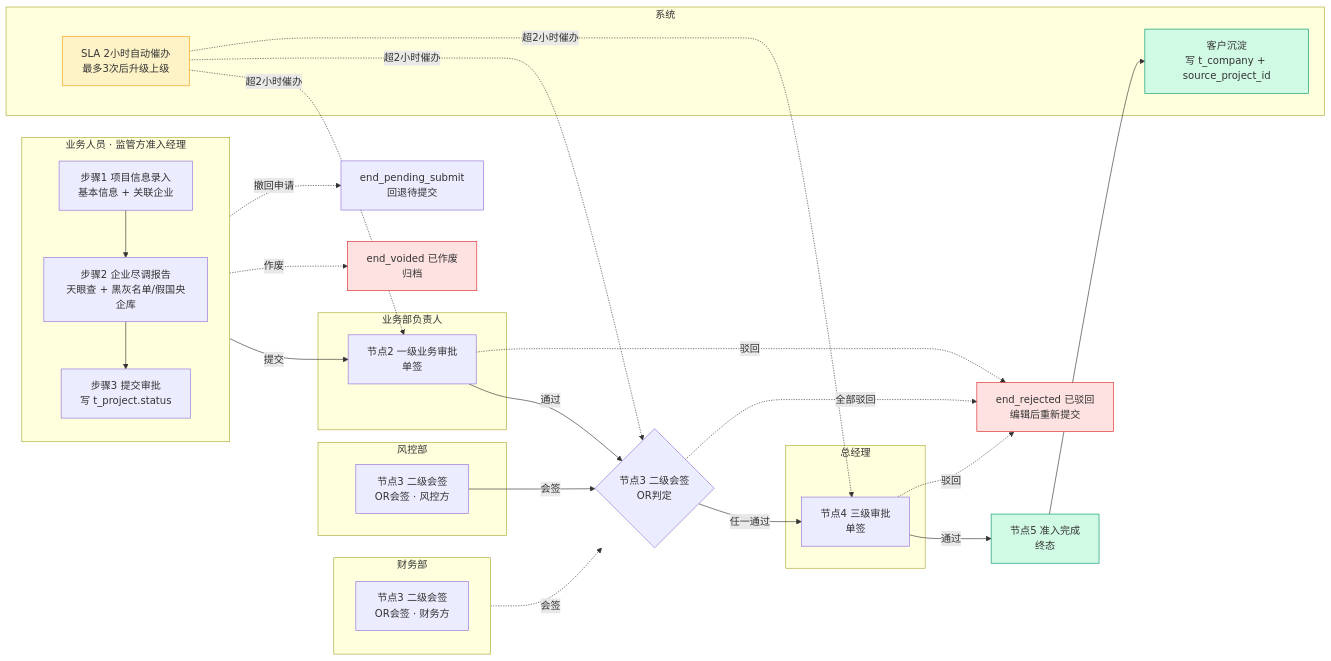
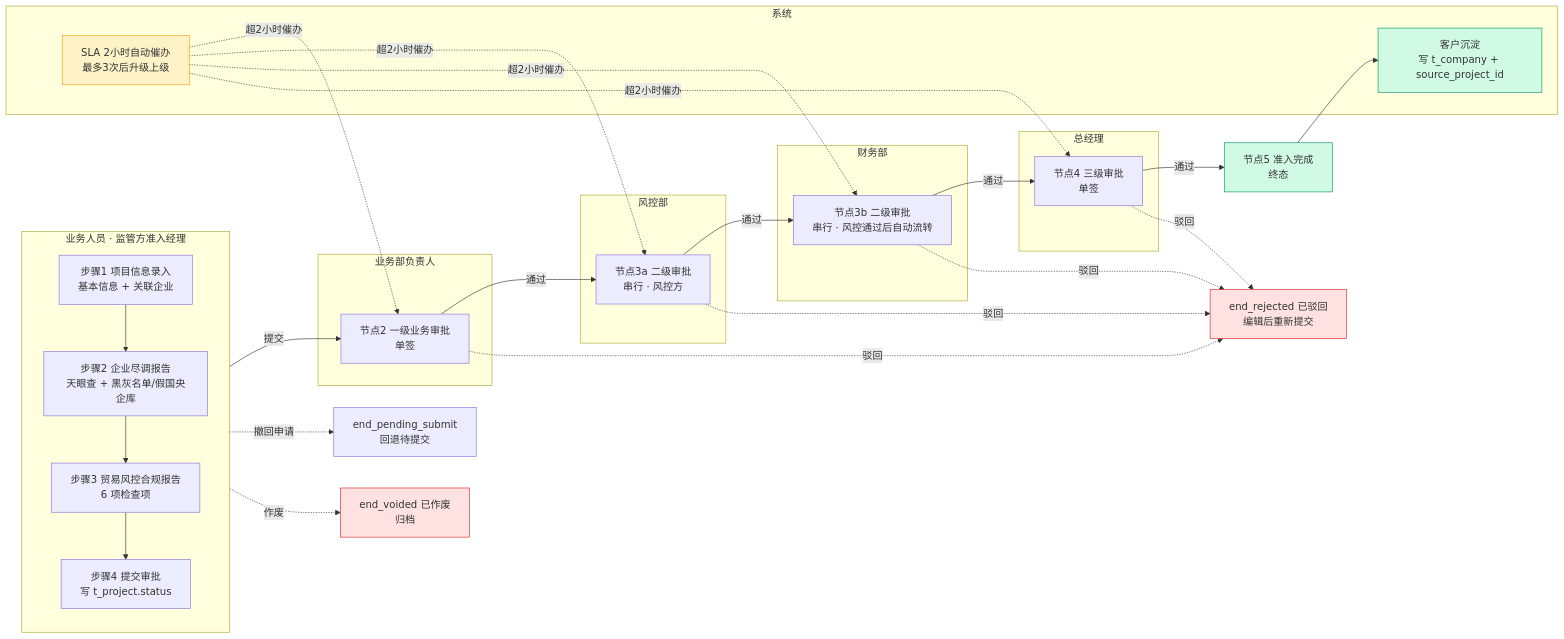
Before and after one commit to Ummyue/gyt-admin: the first of 5 diagrams in docs-v2/02.01-项目管理.md, drawn with Mermaid. The commit also changed other lines of this file and 40 other files, not shown here.

````diff
--- a/docs-v2/02.01-项目管理.md
+++ b/docs-v2/02.01-项目管理.md
@@ -89,54 +119,56 @@
 ```mermaid
 flowchart LR
     subgraph BP["业务人员 · 监管方准入经理"]
         direction TB
         B1["步骤1 项目信息录入<br/>基本信息 + 关联企业"] --> B2["步骤2 企业尽调报告<br/>天眼查 + 黑灰名单/假国央企库"]
-        B2 --> B3["步骤3 提交审批<br/>写 t_project.status"]
+        B2 --> B3["步骤3 贸易风控合规报告<br/>6 项检查项"]
+        B3 --> B4["步骤4 提交审批<br/>写 t_project.status"]
     end
 
     subgraph MGR["业务部负责人"]
         M1["节点2 一级业务审批<br/>单签"]
     end
 
     subgraph RISK["风控部"]
-        R1["节点3 二级会签<br/>OR会签 · 风控方"]
+        R1["节点3a 二级审批<br/>串行 · 风控方"]
     end
 
     subgraph FIN["财务部"]
-        F1["节点3 二级会签<br/>OR会签 · 财务方"]
+        F1["节点3b 二级审批<br/>串行 · 风控通过后自动流转"]
     end
 
     subgraph GM["总经理"]
         G1["节点4 三级审批<br/>单签"]
     end
 
     subgraph SYS["系统"]
         S1["SLA 2小时自动催办<br/>最多3次后升级上级"]
         S2["客户沉淀<br/>写 t_company + source_project_id"]
     end
 
-    B3 -->|"提交"| M1
-    M1 -->|"通过"| C1{"节点3 二级会签<br/>OR判定"}
-    R1 -->|"会签"| C1
-    FIN -.->|"会签"| C1
-    C1 -->|"任一通过"| G1
+    B4 -->|"提交"| M1
+    M1 -->|"通过"| R1
+    R1 -->|"通过"| F1
+    F1 -->|"通过"| G1
     G1 -->|"通过"| OK["节点5 准入完成<br/>终态"]
     OK --> S2
 
     M1 -.->|"驳回"| END_REJ["end_rejected 已驳回<br/>编辑后重新提交"]
-    C1 -.->|"全部驳回"| END_REJ
+    R1 -.->|"驳回"| END_REJ
+    F1 -.->|"驳回"| END_REJ
     G1 -.->|"驳回"| END_REJ
-    B3 -.->|"撤回申请"| END_WD["end_pending_submit<br/>回退待提交"]
+    B4 -.->|"撤回申请"| END_WD["end_pending_submit<br/>回退待提交"]
     B1 -.->|"作废"| END_VD["end_voided 已作废<br/>归档"]
 
     S1 -.->|"超2小时催办"| M1
-    S1 -.->|"超2小时催办"| C1
+    S1 -.->|"超2小时催办"| R1
+    S1 -.->|"超2小时催办"| F1
     S1 -.->|"超2小时催办"| G1
 
     classDef danger fill:#fee2e2,stroke:#dc2626
     classDef ok fill:#d1fae5,stroke:#059669
     classDef sys fill:#fef3c7,stroke:#f59e0b
     class END_REJ,END_VD danger
     class OK,S2 ok
     class S1 sys
 ```
````
